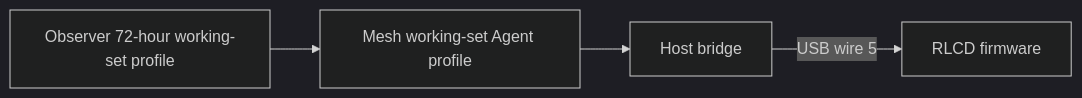
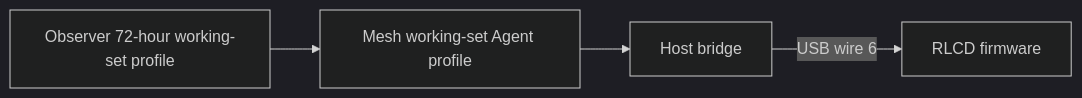
One commit to byebyebryan/esp32-rlcd changed the diagram in projects/agent-dashboard/README.md. Above: the diagram before and after it, drawn with Mermaid (dark theme). The commit also changed other lines of this file and 20 other files, not shown here.

````diff
--- a/projects/agent-dashboard/README.md
+++ b/projects/agent-dashboard/README.md
@@ -41,6 +41,6 @@
 ```mermaid
 flowchart LR
     Observer[Observer 72-hour working-set profile] --> Mesh[Mesh working-set Agent profile]
     Mesh --> Bridge[Host bridge]
-    Bridge -->|USB wire 5| RLCD[RLCD firmware]
+    Bridge -->|USB wire 6| RLCD[RLCD firmware]
 ```
````
